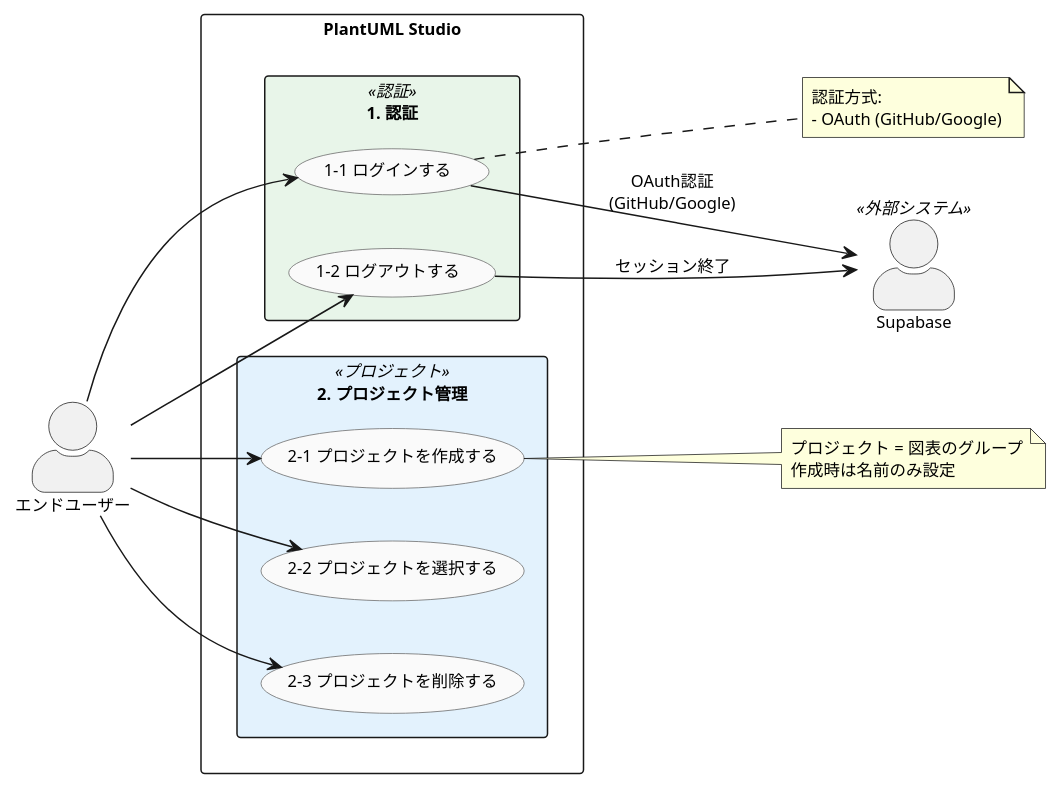
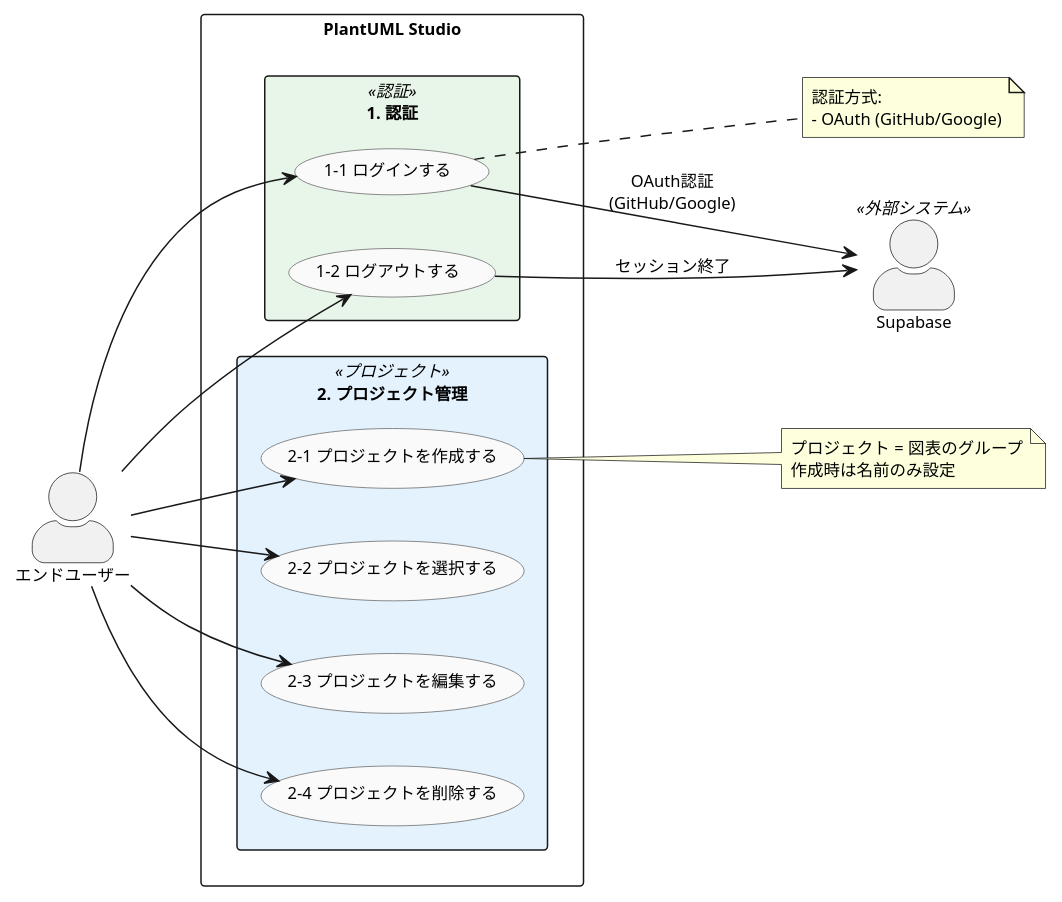
One commit to yoshiwo3/PlantUML2_Opus4.5 changed the third of 6 diagrams in docs/proposals/PlantUML_Studio_ユースケース図_20251130.md. Above: the diagram before and after it, drawn with PlantUML. The commit also changed other lines of this file and 10 other files, not shown here.

````diff
--- a/docs/proposals/PlantUML_Studio_ユースケース図_20251130.md
+++ b/docs/proposals/PlantUML_Studio_ユースケース図_20251130.md
@@ -329,64 +331,66 @@
 ```plantuml
 @startuml PlantUML_Studio_UseCase_Auth_Project
 '==================================================
 ' 詳細図: 1.認証 + 2.プロジェクト管理
 '==================================================
 left to right direction
 
 skinparam actorStyle awesome
 skinparam packageStyle rectangle
 skinparam defaultFontSize 11
 
 skinparam package {
     BackgroundColor<<認証>> #E8F5E9
     BackgroundColor<<プロジェクト>> #E3F2FD
 }
 
 skinparam usecase {
     BackgroundColor #FAFAFA
     BorderColor #666666
 }
 
 '-- アクター --
 actor "エンドユーザー" as user
 actor "Supabase" as supabase <<外部システム>>
 
 '-- システム境界 --
 rectangle "PlantUML Studio" {
 
     package "1. 認証" <<認証>> {
         usecase "1-1 ログインする" as UC_LOGIN
         usecase "1-2 ログアウトする" as UC_LOGOUT
     }
 
     package "2. プロジェクト管理" <<プロジェクト>> {
         usecase "2-1 プロジェクトを作成する" as UC_PRJ_CREATE
         usecase "2-2 プロジェクトを選択する" as UC_PRJ_SELECT
-        usecase "2-3 プロジェクトを削除する" as UC_PRJ_DELETE
+        usecase "2-3 プロジェクトを編集する" as UC_PRJ_EDIT
+        usecase "2-4 プロジェクトを削除する" as UC_PRJ_DELETE
     }
 }
 
 '-- 主アクター関連 --
 user --> UC_LOGIN
 user --> UC_LOGOUT
 user --> UC_PRJ_CREATE
 user --> UC_PRJ_SELECT
 user --> UC_PRJ_DELETE
+user --> UC_PRJ_EDIT
 
 '-- 外部システム関連 --
 UC_LOGIN --> supabase : OAuth認証\n(GitHub/Google)
 UC_LOGOUT --> supabase : セッション終了
 
 '-- ノート --
 note right of UC_LOGIN
   認証方式:
   - OAuth (GitHub/Google)
 end note
 
 note right of UC_PRJ_CREATE
   プロジェクト = 図表のグループ
   作成時は名前のみ設定
 end note
 
 @enduml
 ```
````
